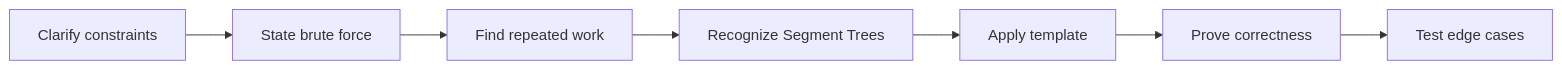
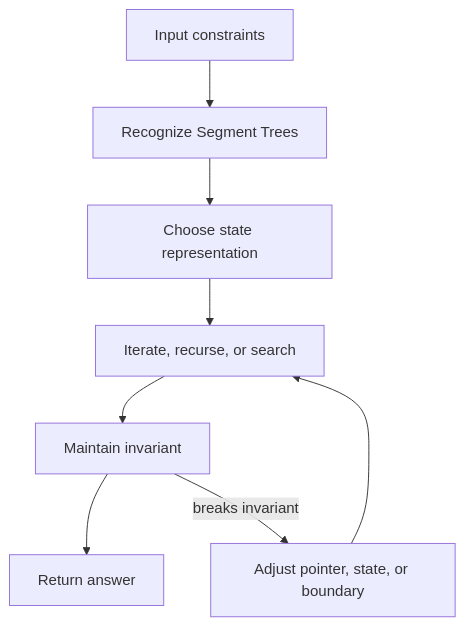
Before and after one commit to abstractinterviews/abstractinterviews.github.io: the second of 2 diagrams in coding-round/data-structures/segment-trees/index.md, drawn with Mermaid. The commit also changed other lines of this file and 278 other files, not shown here.

````diff
--- a/coding-round/data-structures/segment-trees/index.md
+++ b/coding-round/data-structures/segment-trees/index.md
@@ -123,9 +121,10 @@
-~~~mermaid
-flowchart LR
-    A["Clarify constraints"] --> B["State brute force"]
-    B --> C["Find repeated work"]
-    C --> D["Recognize Segment Trees"]
-    D --> E["Apply template"]
-    E --> F["Prove correctness"]
-    F --> G["Test edge cases"]
-~~~
+```mermaid
+flowchart TD
+    Input["Input constraints"] --> Pattern["Recognize Segment Trees"]
+    Pattern --> State["Choose state representation"]
+    State --> Iterate["Iterate, recurse, or search"]
+    Iterate --> Check["Maintain invariant"]
+    Check --> Result["Return answer"]
+    Check -->|breaks invariant| Fix["Adjust pointer, state, or boundary"]
+    Fix --> Iterate
+```
````
